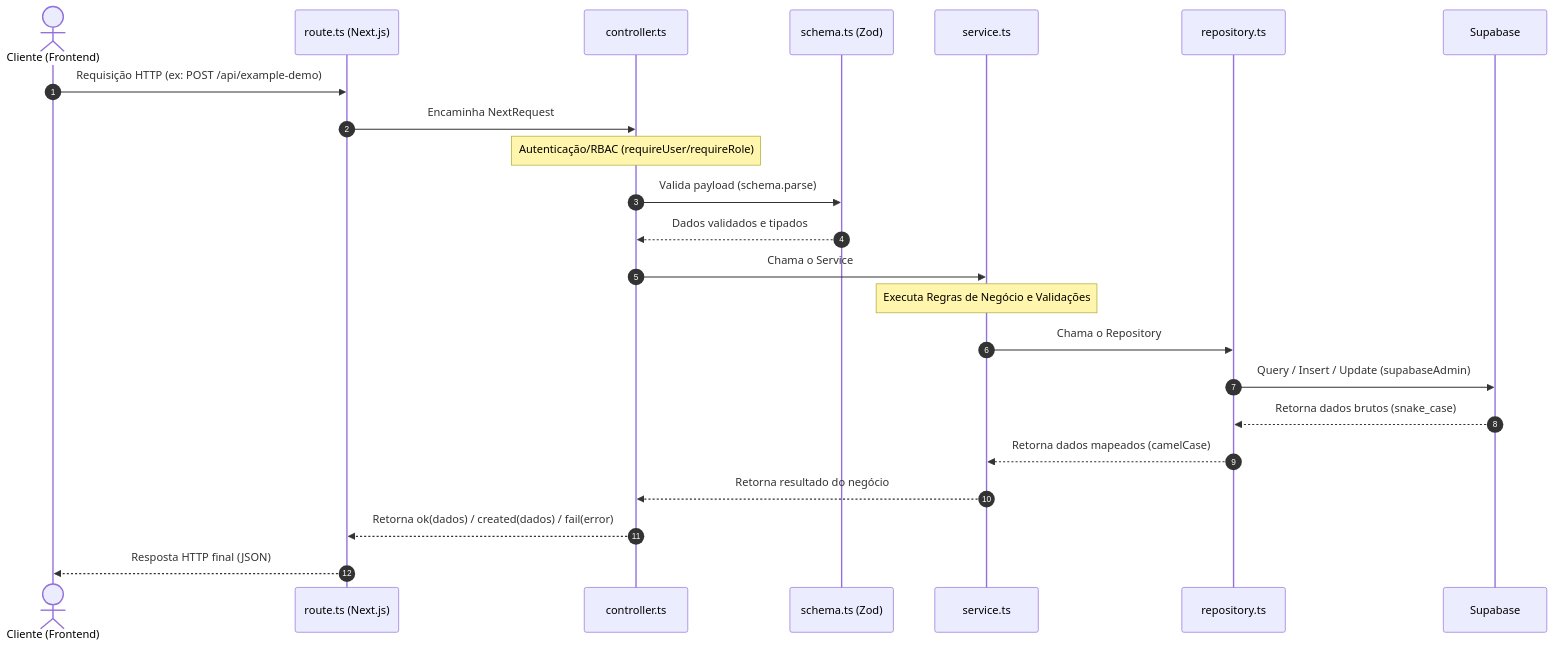
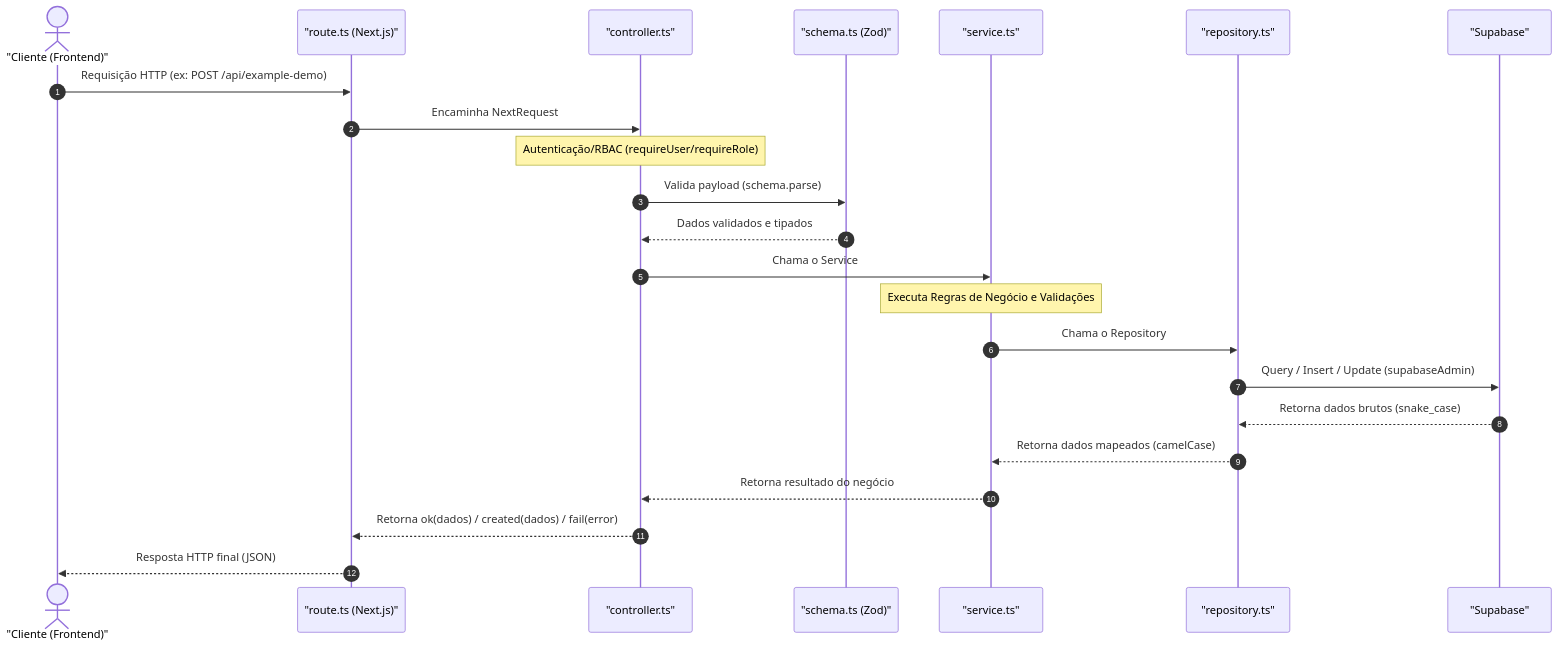
The diagram in apps/api/src/features/README.md (gui-ccr/AmeMais), drawn with Mermaid before and after one commit.

Commit message:
corrigir sintaxe mermaid

````diff
--- a/apps/api/src/features/README.md
+++ b/apps/api/src/features/README.md
@@ -13,26 +13,26 @@
 ```mermaid
 sequenceDiagram
     autonumber
-    actor Cliente as Cliente (Frontend)
-    participant Route as route.ts (Next.js)
-    participant Controller as controller.ts
-    participant Schema as schema.ts (Zod)
-    participant Service as service.ts
-    participant Repository as repository.ts
-    participant DB as Supabase
+    actor Cliente as "Cliente (Frontend)"
+    participant Route as "route.ts (Next.js)"
+    participant Controller as "controller.ts"
+    participant Schema as "schema.ts (Zod)"
+    participant Service as "service.ts"
+    participant Repository as "repository.ts"
+    participant DB as "Supabase"
 
     Cliente->>Route: Requisição HTTP (ex: POST /api/example-demo)
     Route->>Controller: Encaminha NextRequest
     Note over Controller: Autenticação/RBAC (requireUser/requireRole)
     Controller->>Schema: Valida payload (schema.parse)
     Schema-->>Controller: Dados validados e tipados
     Controller->>Service: Chama o Service
     Note over Service: Executa Regras de Negócio e Validações
     Service->>Repository: Chama o Repository
     Repository->>DB: Query / Insert / Update (supabaseAdmin)
     DB-->>Repository: Retorna dados brutos (snake_case)
     Repository-->>Service: Retorna dados mapeados (camelCase)
     Service-->>Controller: Retorna resultado do negócio
     Controller-->>Route: Retorna ok(dados) / created(dados) / fail(error)
     Route-->>Cliente: Resposta HTTP final (JSON)
 ```
````
